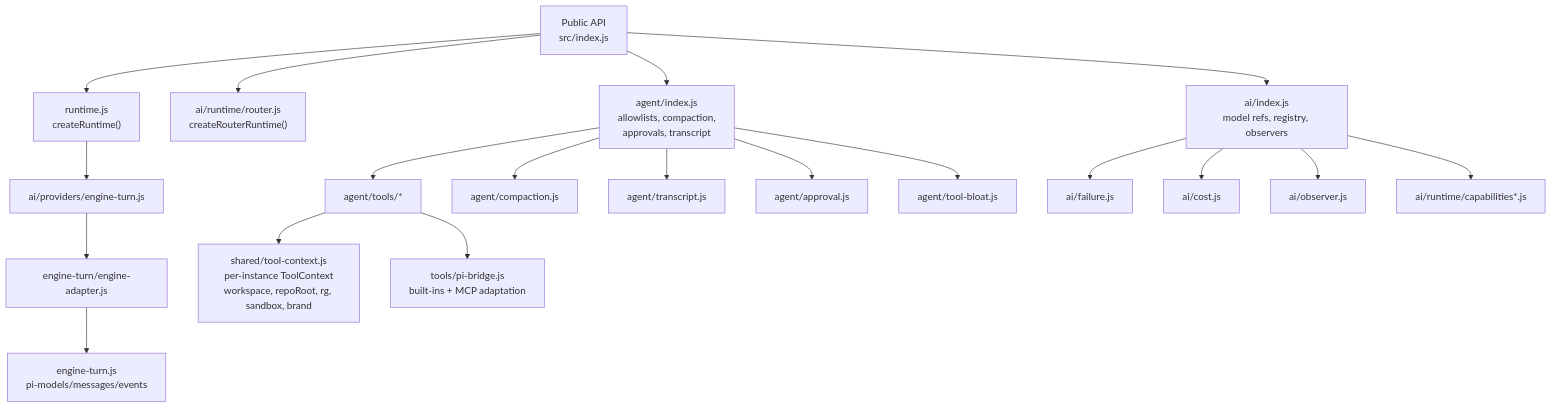
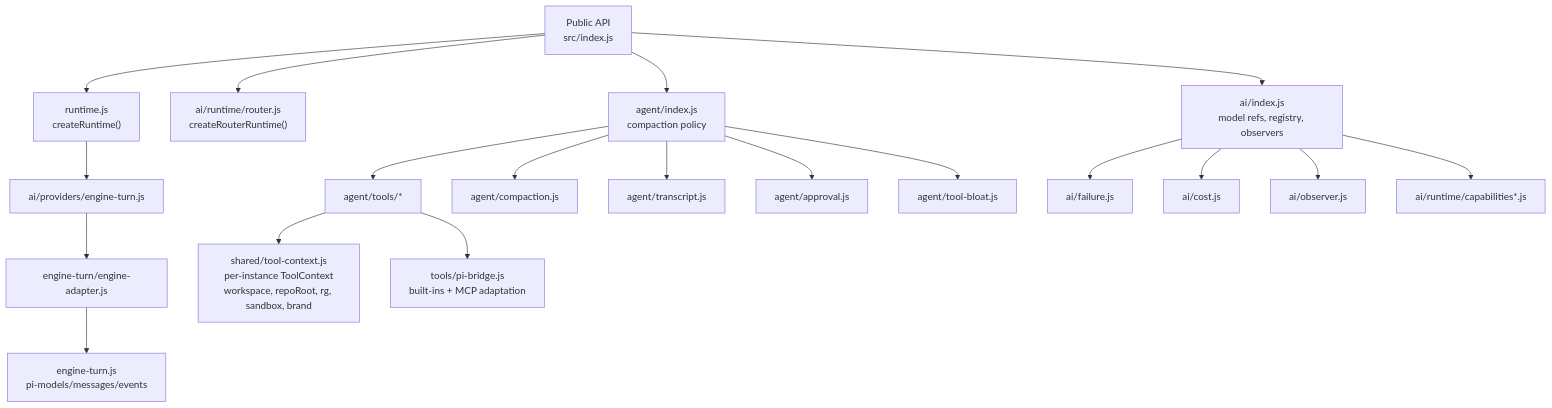
The fourth of 5 diagrams in packages/turn/ARCHITECTURE.md (robertsreberski/mono-agent), drawn with Mermaid before and after one commit. The commit also changed other lines of this file and 371 other files, not shown here.

````diff
--- a/packages/turn/ARCHITECTURE.md
+++ b/packages/turn/ARCHITECTURE.md
@@ -189,26 +187,26 @@
 ```mermaid
 flowchart TB
   Public["Public API<br/>src/index.js"] --> RuntimeFactory["runtime.js<br/>createRuntime()"]
   Public --> Router["ai/runtime/router.js<br/>createRouterRuntime()"]
   Public --> AIExports["ai/index.js<br/>model refs, registry, observers"]
-  Public --> AgentExports["agent/index.js<br/>allowlists, compaction,<br/>approvals, transcript"]
+  Public --> AgentExports["agent/index.js<br/>compaction policy"]
 
   RuntimeFactory --> AdapterModule["ai/providers/engine-turn.js"]
   AdapterModule --> Providers["engine-turn/engine-adapter.js"]
 
   Providers --> Pi["engine-turn.js<br/>pi-models/messages/events"]
 
   AgentExports --> Tools["agent/tools/*"]
   Tools --> ToolContext["shared/tool-context.js<br/>per-instance ToolContext<br/>workspace, repoRoot, rg, sandbox, brand"]
   Tools --> PiBridge["tools/pi-bridge.js<br/>built-ins + MCP adaptation"]
 
   AgentExports --> Compaction["agent/compaction.js"]
   AgentExports --> Transcript["agent/transcript.js"]
   AgentExports --> Approval["agent/approval.js"]
   AgentExports --> Bloat["agent/tool-bloat.js"]
 
   AIExports --> Failure["ai/failure.js"]
   AIExports --> Cost["ai/cost.js"]
   AIExports --> Observer["ai/observer.js"]
   AIExports --> Capabilities["ai/runtime/capabilities*.js"]
 ```
````
